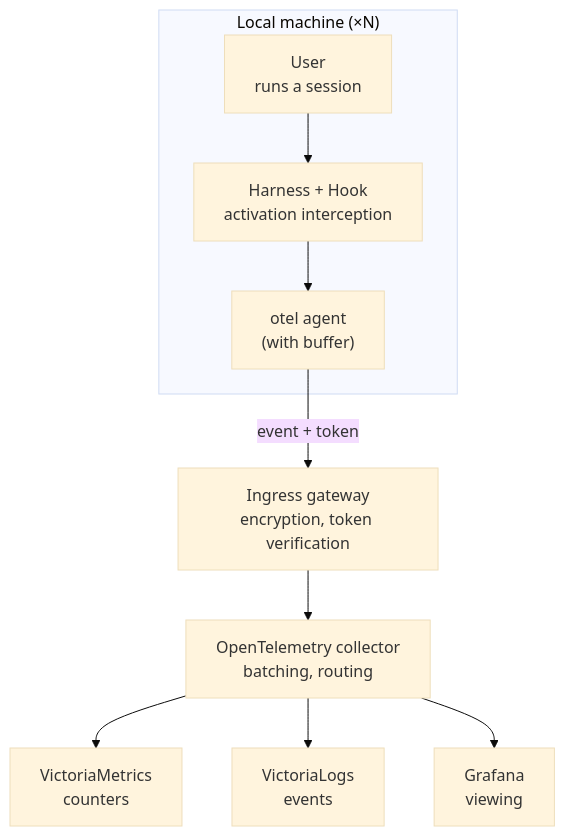
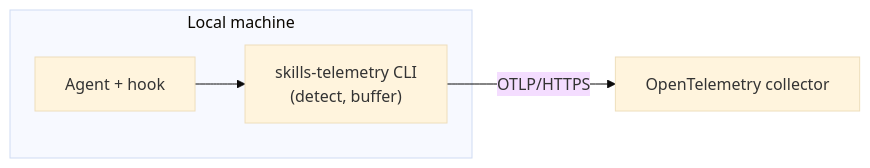
One commit to denifilatoff/skills-telemetry changed the diagram in README.md. Above: the diagram before and after it, drawn with Mermaid (base theme). The commit also changed other lines of this file and 12 other files, not shown here.

First line of the commit message:
docs: restructure README/docs, retire marker, rename to skills-telemetry CLI

````diff
--- a/README.md
+++ b/README.md
@@ -153,12 +46,7 @@
 ```mermaid
-flowchart TD
-  subgraph M["Local machine (×N)"]
-    U["User<br/>runs a session"] --> A["Harness + Hook<br/>activation interception"]
-    A --> S["otel agent<br/>(with buffer)"]
+flowchart LR
+  subgraph M["Local machine"]
+    A["Agent + hook"] --> S["skills-telemetry CLI<br/>(detect, buffer)"]
   end
-  S -->|"event + token"| P["Ingress gateway<br/>encryption, token verification"]
-  P --> C["OpenTelemetry collector<br/>batching, routing"]
-  C --> VM["VictoriaMetrics<br/>counters"]
-  C --> VL["VictoriaLogs<br/>events"]
-  C --> G["Grafana<br/>viewing"]
+  S -->|"OTLP/HTTPS"| C["OpenTelemetry collector"]
 ```
````
